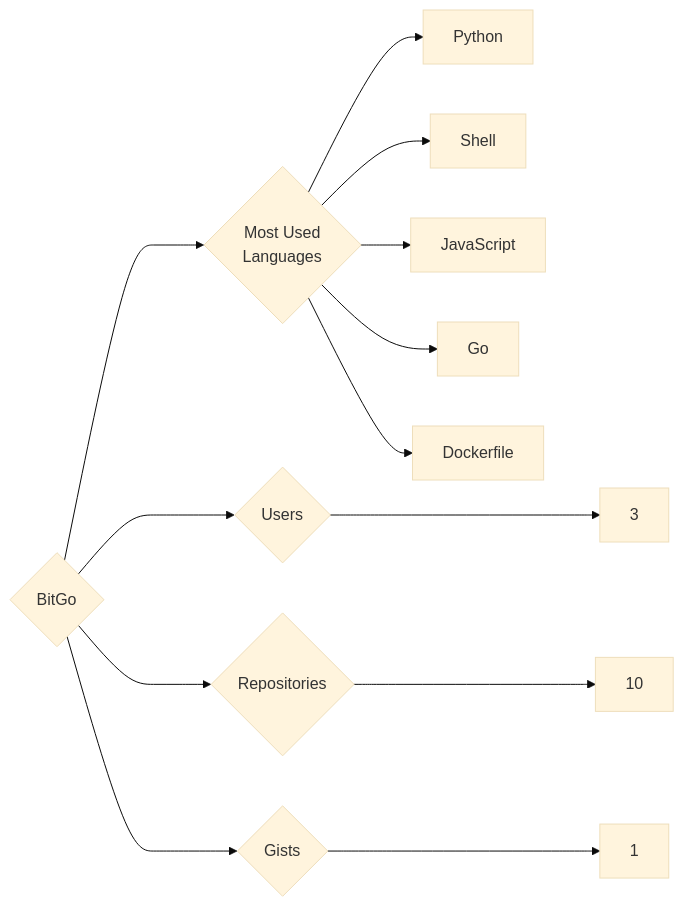
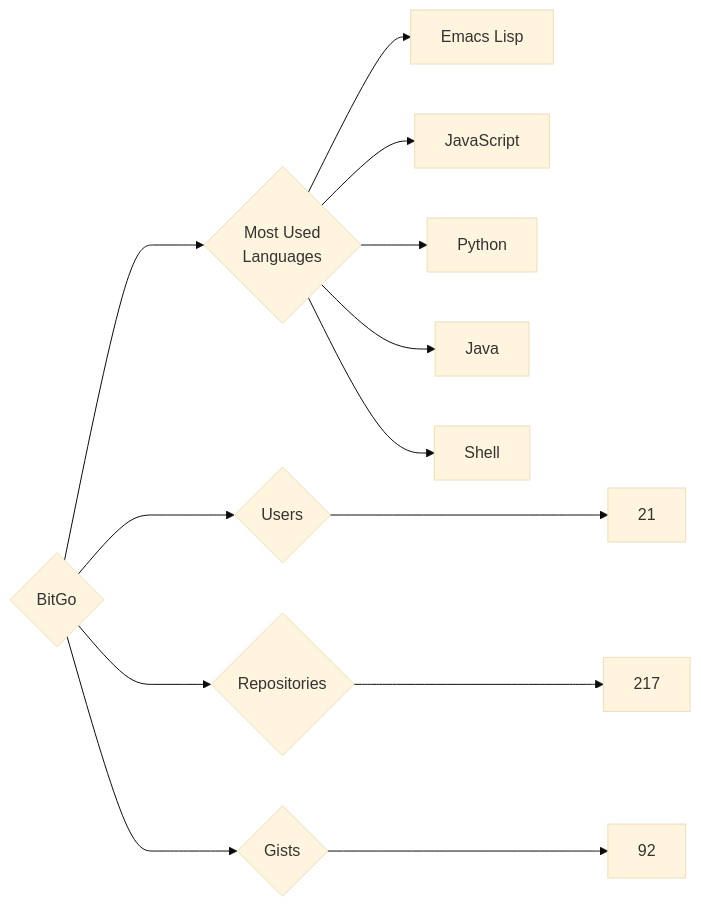
One commit to trickest/insiders changed the diagram in targets/BitGo/README.md. Above: the diagram before and after it, drawn with Mermaid (base theme). The commit also changed 682 other files, not shown here.

````diff
--- a/targets/BitGo/README.md
+++ b/targets/BitGo/README.md
@@ -3,13 +3,13 @@
 ```mermaid
 graph LR
 COMPANY_NAME{BitGo}
-COMPANY_NAME ---> U{Users} ---> UN[3]
-COMPANY_NAME ---> R{Repositories} ---> RN[10]
-COMPANY_NAME ---> G{Gists} ---> GN[1]
+COMPANY_NAME ---> U{Users} ---> UN[21]
+COMPANY_NAME ---> R{Repositories} ---> RN[217]
+COMPANY_NAME ---> G{Gists} ---> GN[92]
 COMPANY_NAME ---> ML{Most Used<br>Languages}
+ML --> Emacs_Lisp[Emacs Lisp]
+ML --> JavaScript[JavaScript]
 ML --> Python[Python]
+ML --> Java[Java]
 ML --> Shell[Shell]
-ML --> JavaScript[JavaScript]
-ML --> Go[Go]
-ML --> Dockerfile[Dockerfile]
 ```
````
